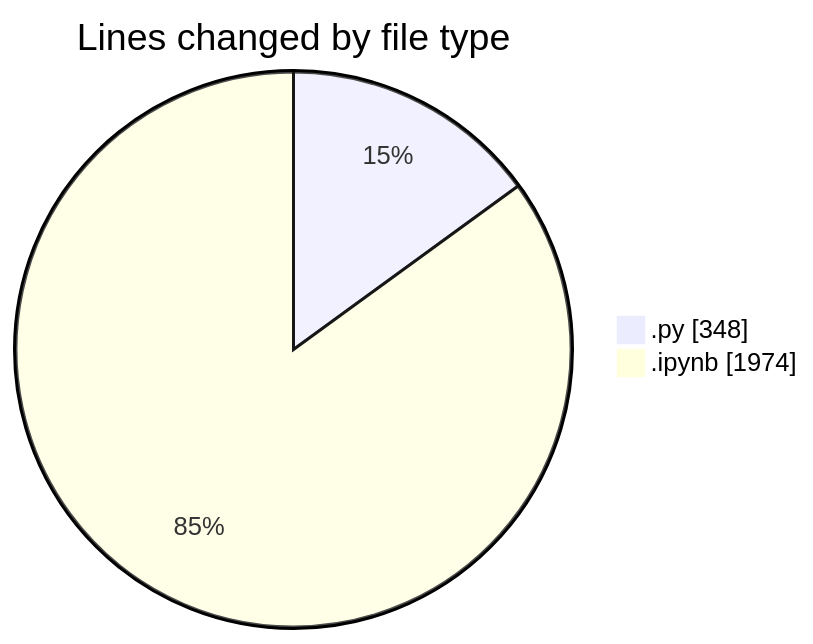
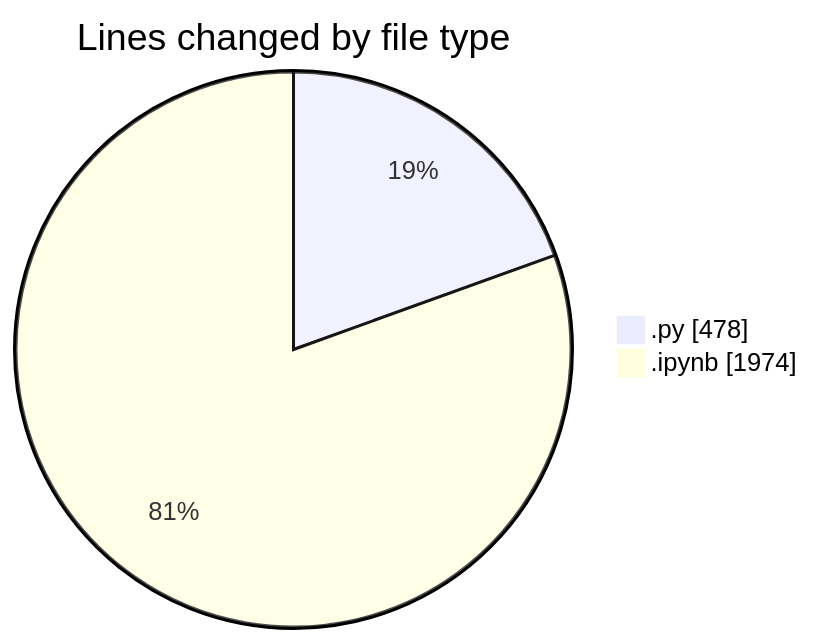
Before and after one commit to MatusMokan/code-tracking: the first of 2 diagrams in 2025-03-21/myws__workspace_/README.md, drawn with Mermaid. The commit also changed other lines of this file and 1 other file, not shown here.

````diff
--- a/2025-03-21/myws__workspace_/README.md
+++ b/2025-03-21/myws__workspace_/README.md
@@ -21,6 +21,6 @@
 ```mermaid
 pie showData
 title Lines changed by file type
-".py" : 348
+".py" : 478
 ".ipynb" : 1974
 ```
````
